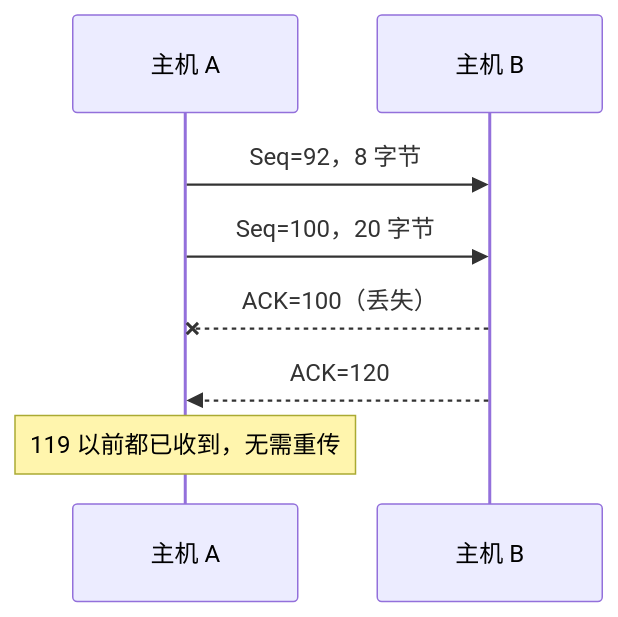
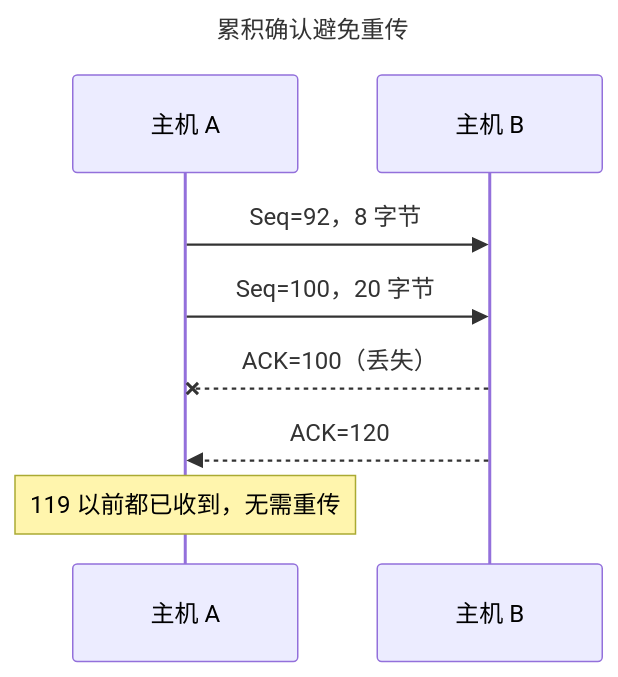
One commit to Meer-Matze/Meer-Matze.github.io changed diagram 18 of 26 in src/content/posts/运输层.md. Above: the diagram before and after it, drawn with Mermaid. The commit also changed other lines of this file, not shown here.

````diff
--- a/src/content/posts/运输层.md
+++ b/src/content/posts/运输层.md
@@ -773,10 +815,13 @@
 ```mermaid
+---
+title: 累积确认避免重传
+---
 sequenceDiagram
     participant A as 主机 A
     participant B as 主机 B
     A->>B: Seq=92，8 字节
     A->>B: Seq=100，20 字节
     B--xA: ACK=100（丢失）
     B-->>A: ACK=120
     Note over A: 119 以前都已收到，无需重传
 ```
````
